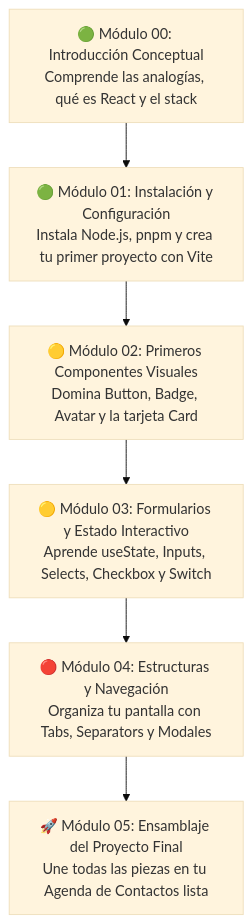
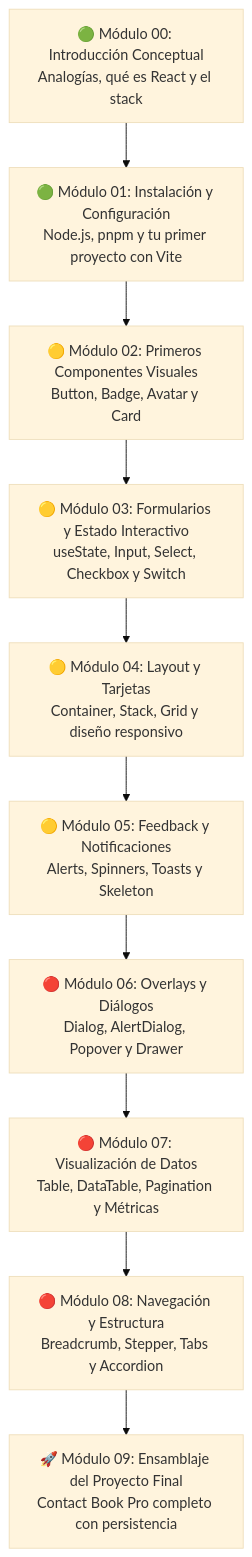
One commit to AlcsPower/alcs-ui changed the diagram in docs/instructivo/es/README.md. Above: the diagram before and after it, drawn with Mermaid (base theme). The commit also changed other lines of this file and 95 other files, not shown here.

Commit message:
chore: align v1.6.2 i18n, community health docs, brand neutralization, and live demo roadmap

````diff
--- a/docs/instructivo/es/README.md
+++ b/docs/instructivo/es/README.md
@@ -49,15 +49,23 @@
 ```mermaid
 flowchart TD
-    M0["🟢 Módulo 00: Introducción Conceptual<br/>Comprende las analogías, qué es React y el stack"]
-    M1["🟢 Módulo 01: Instalación y Configuración<br/>Instala Node.js, pnpm y crea tu primer proyecto con Vite"]
-    M2["🟡 Módulo 02: Primeros Componentes Visuales<br/>Domina Button, Badge, Avatar y la tarjeta Card"]
-    M3["🟡 Módulo 03: Formularios y Estado Interactivo<br/>Aprende useState, Inputs, Selects, Checkbox y Switch"]
-    M4["🔴 Módulo 04: Estructuras y Navegación<br/>Organiza tu pantalla con Tabs, Separators y Modales"]
-    M5["🚀 Módulo 05: Ensamblaje del Proyecto Final<br/>Une todas las piezas en tu Agenda de Contactos lista"]
+    M0["🟢 Módulo 00: Introducción Conceptual<br/>Analogías, qué es React y el stack"]
+    M1["🟢 Módulo 01: Instalación y Configuración<br/>Node.js, pnpm y tu primer proyecto con Vite"]
+    M2["🟡 Módulo 02: Primeros Componentes Visuales<br/>Button, Badge, Avatar y Card"]
+    M3["🟡 Módulo 03: Formularios y Estado Interactivo<br/>useState, Input, Select, Checkbox y Switch"]
+    M4["🟡 Módulo 04: Layout y Tarjetas<br/>Container, Stack, Grid y diseño responsivo"]
+    M5["🟡 Módulo 05: Feedback y Notificaciones<br/>Alerts, Spinners, Toasts y Skeleton"]
+    M6["🔴 Módulo 06: Overlays y Diálogos<br/>Dialog, AlertDialog, Popover y Drawer"]
+    M7["🔴 Módulo 07: Visualización de Datos<br/>Table, DataTable, Pagination y Métricas"]
+    M8["🔴 Módulo 08: Navegación y Estructura<br/>Breadcrumb, Stepper, Tabs y Accordion"]
+    M9["🚀 Módulo 09: Ensamblaje del Proyecto Final<br/>Contact Book Pro completo con persistencia"]
 
     M0 --> M1
     M1 --> M2
     M2 --> M3
     M3 --> M4
     M4 --> M5
+    M5 --> M6
+    M6 --> M7
+    M7 --> M8
+    M8 --> M9
 ```
````
